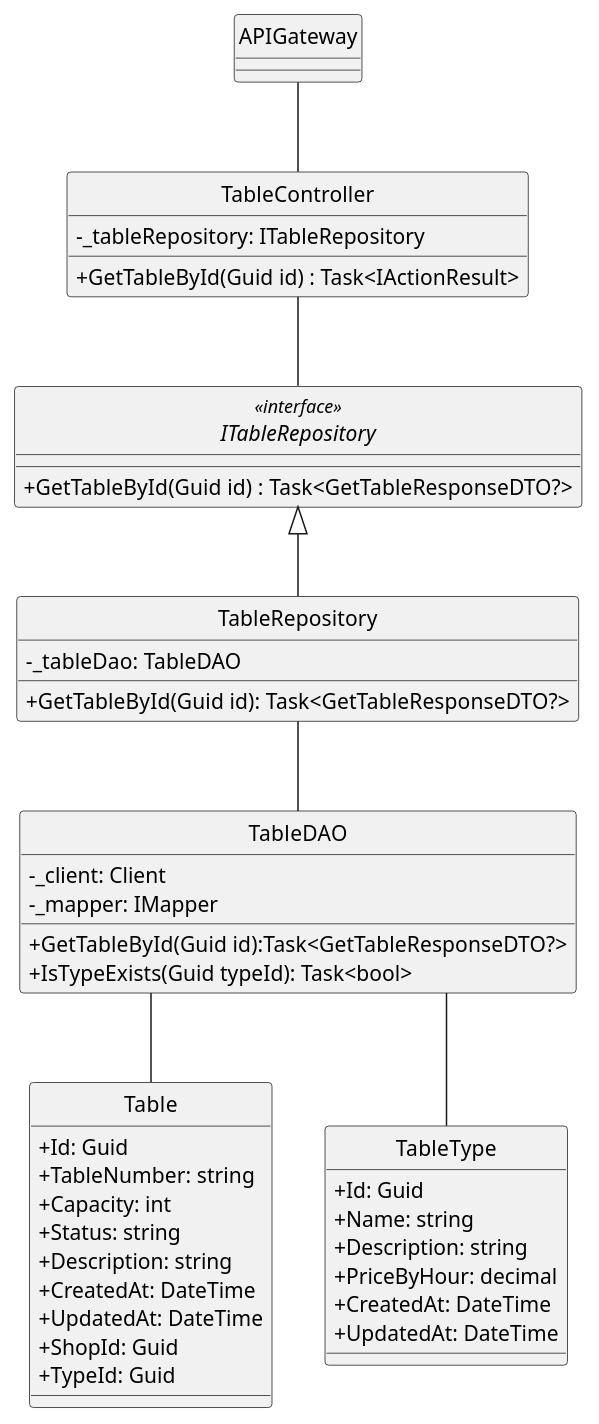
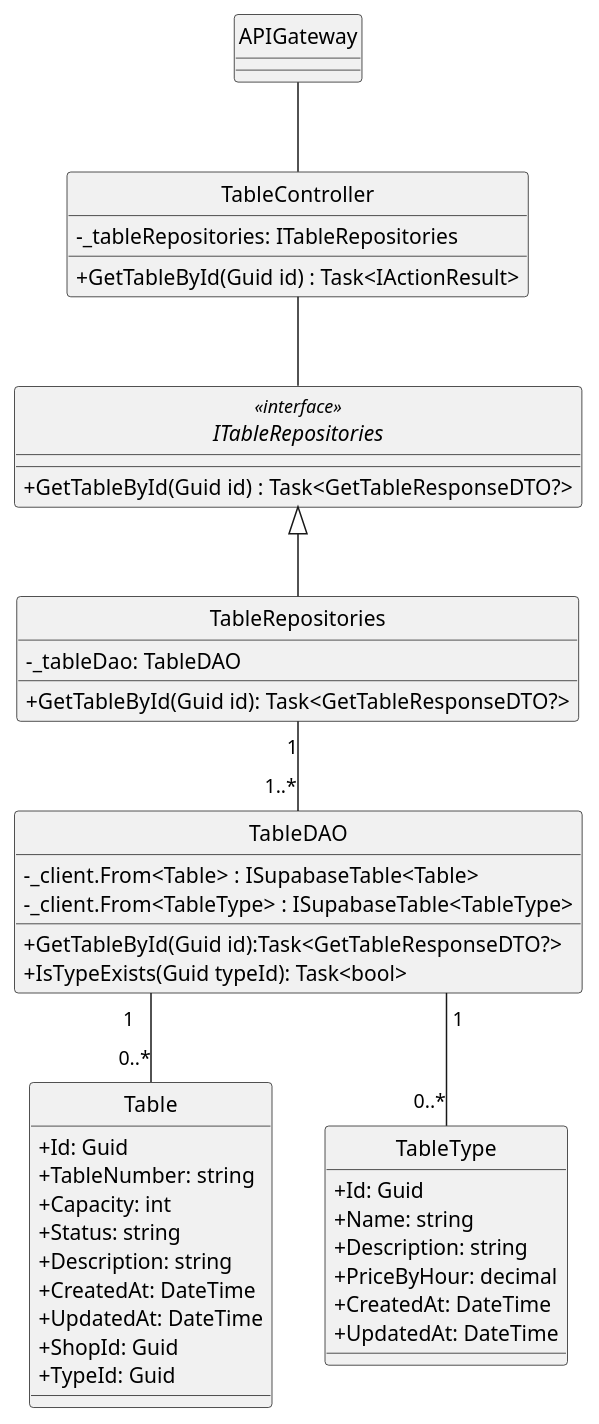
One commit to minhnhut23/FPT-OBOMS changed the diagram in docs/ClassDiagram/Table/GetById.plantuml. Above: the diagram before and after it, drawn with PlantUML. The commit also changed 9 other files, not shown here.

Commit message:
table feature sequence-diagram

```diff
--- a/docs/ClassDiagram/Table/GetById.plantuml
+++ b/docs/ClassDiagram/Table/GetById.plantuml
@@ -1,58 +1,58 @@
 @startuml
 hide circle
 skinparam classAttributeIconSize 0
 skinparam linetype ortho
 
 
 
 class APIGateway {
 }
 class TableController {
-    - _tableRepository: ITableRepository
+    - _tableRepositories: ITableRepositories
     +  GetTableById(Guid id) : Task<IActionResult> 
 }
 
-interface ITableRepository<<interface>>  {
+interface ITableRepositories<<interface>>  {
     + GetTableById(Guid id) : Task<GetTableResponseDTO?> 
 }
 
-class TableRepository {
+class TableRepositories {
     - _tableDao: TableDAO
     + GetTableById(Guid id): Task<GetTableResponseDTO?>
 }
 class TableDAO {
-    - _client: Client
-    - _mapper: IMapper
+    - _client.From<Table> : ISupabaseTable<Table>
+    - _client.From<TableType> : ISupabaseTable<TableType>
     + GetTableById(Guid id):Task<GetTableResponseDTO?> 
     + IsTypeExists(Guid typeId): Task<bool> 
 }
 
 class Table {
     + Id: Guid
     + TableNumber: string
     + Capacity: int
     + Status: string
     + Description: string
     + CreatedAt: DateTime
     + UpdatedAt: DateTime
     + ShopId: Guid
     + TypeId: Guid
 }
 class TableType {
     + Id: Guid
     + Name: string
     + Description: string
     + PriceByHour: decimal
     + CreatedAt: DateTime
     + UpdatedAt: DateTime
 }
 
 APIGateway -- TableController
-TableController -- ITableRepository
-ITableRepository <|-- TableRepository
-TableRepository -- TableDAO
-TableDAO -- Table
-TableDAO -- TableType
+TableController -- ITableRepositories
+ITableRepositories <|-- TableRepositories
+TableRepositories "1"--"1..*" TableDAO
+TableDAO "1"--"0..*" Table
+TableDAO "1"--"0..*" TableType
 
 
 @enduml
```
